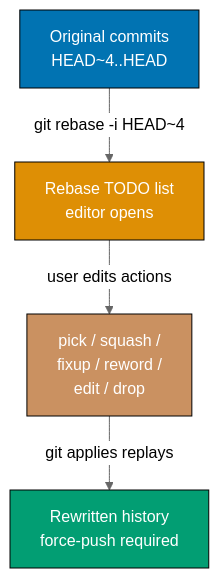
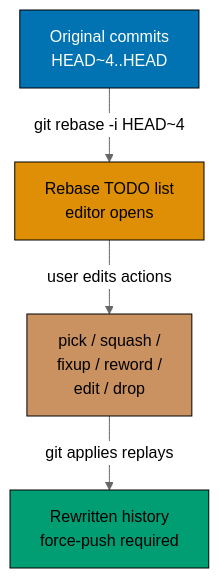
Before and after one commit to wahidyankf/ose-public: the first of 14 diagrams in apps/ayokoding-www/content/en/learn/legacy/software-engineering/automation-tools/git/by-example/advanced.md, drawn with Mermaid (neutral theme). The commit also changed other lines of this file and 131 other files, not shown here.

First line of the commit message:
fix(mermaid): bring the legacy data, infrastructure, and testing diagrams onto the accessible palette

````diff
--- a/apps/ayokoding-www/content/en/learn/legacy/software-engineering/automation-tools/git/by-example/advanced.md
+++ b/apps/ayokoding-www/content/en/learn/legacy/software-engineering/automation-tools/git/by-example/advanced.md
@@ -18,17 +18,24 @@
 ```mermaid
 %% Color Palette: Blue #0173B2, Orange #DE8F05, Teal #029E73, Purple #CC78BC, Brown #CA9161
 graph TD
+    accTitle: Example 58: Interactive Rebase — Squash, Fixup, Reword, Edit, Drop
+    accDescr: Graph with 4 nodes and 3 connections. Nodes: Original commits HEAD~4..HEAD, Rebase TODO list editor opens, pick / squash / fixup / reword / edit / drop, Rewritten history force-push required. Connections: Original commits HEAD~4..HEAD to Rebase TODO list editor opens (git rebase -i HEAD~4), Rebase TODO list editor opens to pick / squash / fixup / reword / edit / drop (user edits actions), pick / squash / fixup / reword / edit / drop to Rewritten history force-push required (git applies replays).
     A["Original commits<br/>HEAD~4..HEAD"]
     B["Rebase TODO list<br/>editor opens"]
     C["pick / squash /<br/>fixup / reword /<br/>edit / drop"]
     D["Rewritten history<br/>force-push required"]
 
     A -->|git rebase -i HEAD~4| B
     B -->|user edits actions| C
     C -->|git applies replays| D
 
-    style A fill:#0173B2,stroke:#000,color:#fff
-    style B fill:#DE8F05,stroke:#000,color:#fff
-    style C fill:#CA9161,stroke:#000,color:#fff
-    style D fill:#029E73,stroke:#000,color:#fff
+    classDef pal-0173B2 fill:#0173B2,stroke:#000000,color:#FFFFFF
+    class A pal-0173B2
+    classDef pal-DE8F05 fill:#DE8F05,stroke:#000000,color:#000000
+    class B pal-DE8F05
+    classDef pal-CA9161 fill:#CA9161,stroke:#000000,color:#000000
+    class C pal-CA9161
+    classDef pal-029E73 fill:#029E73,stroke:#000000,color:#000000
+    class D pal-029E73
+    classDef default fill:#FFFFFF,stroke:#000000,color:#000000
 ```
````
